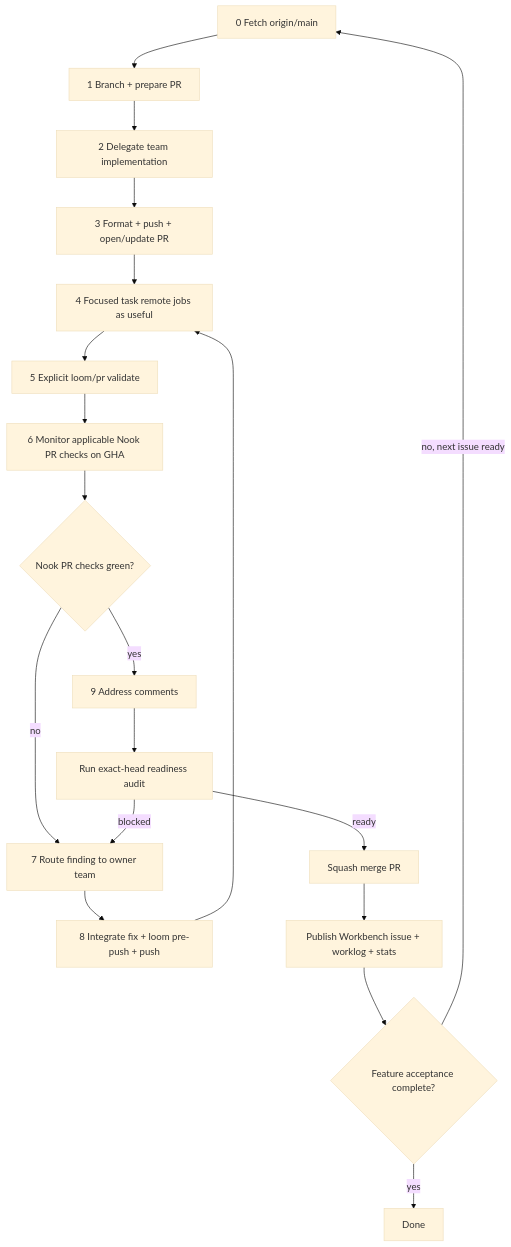
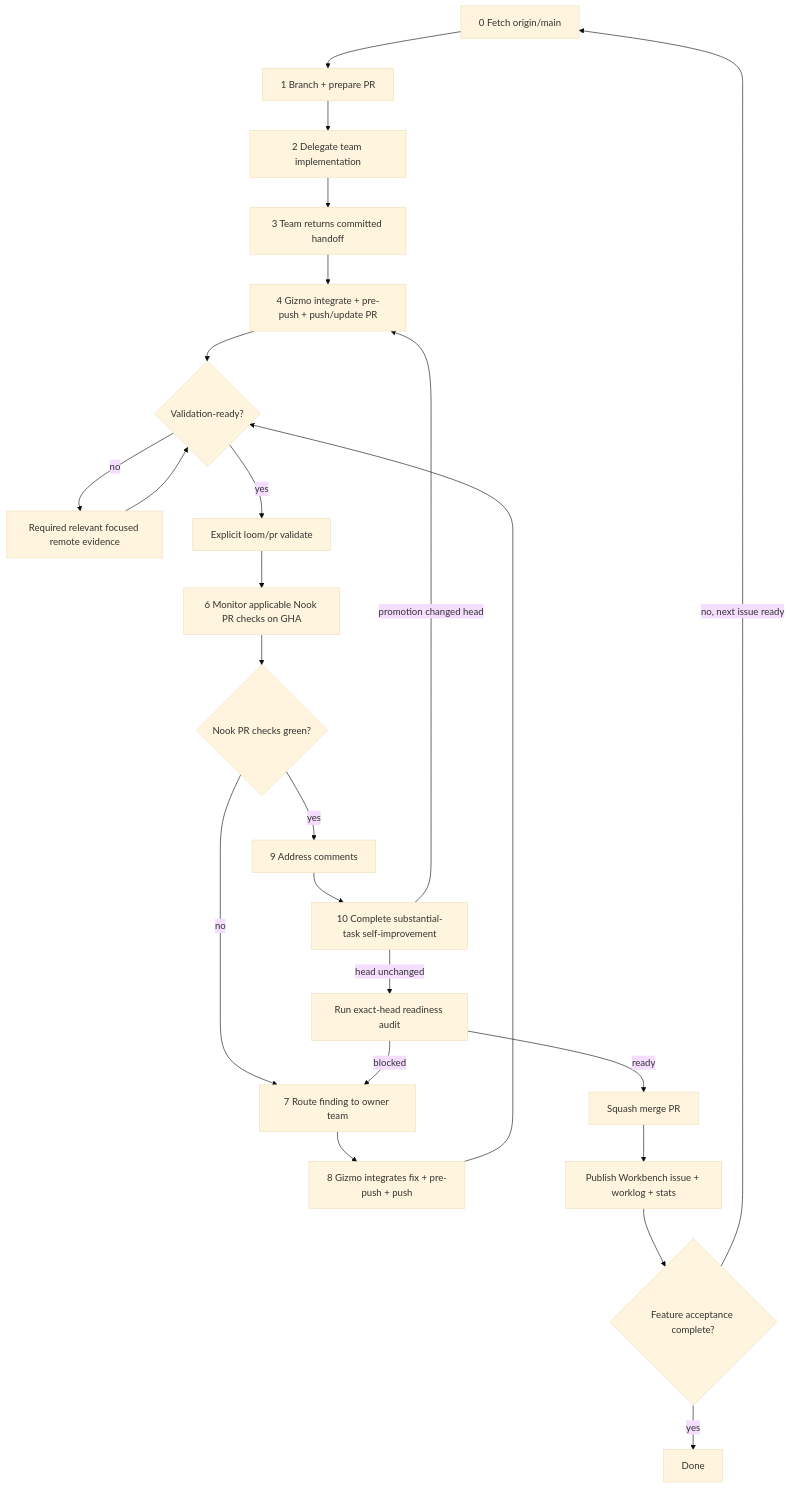
The diagram in .cortex/gizmo/workflows/pull-requests.md (meta-secret/nook), drawn with Mermaid (base theme) before and after one commit. The commit also changed other lines of this file and 23 other files, not shown here.

Commit message:
Make agent validation remote-first (#1208)

````diff
--- a/.cortex/gizmo/workflows/pull-requests.md
+++ b/.cortex/gizmo/workflows/pull-requests.md
@@ -329,21 +336,26 @@
 ```mermaid
 flowchart TD
   Z[0 Fetch origin/main] --> A[1 Branch + prepare PR]
   A --> I[2 Delegate team implementation]
-  I --> E[3 Format + push + open/update PR]
-  E --> X[4 Focused task remote jobs as useful]
-  X --> V[5 Explicit loom/pr validate]
+  I --> CMT[3 Team returns committed handoff]
+  CMT --> E[4 Gizmo integrate + pre-push + push/update PR]
+  E --> D{Validation-ready?}
+  D -->|no| X[Required relevant focused remote evidence]
+  D -->|yes| V[Explicit loom/pr validate]
+  X --> D
   V --> F[6 Monitor applicable Nook PR checks on GHA]
   F --> G{Nook PR checks green?}
   G -->|no| H[7 Route finding to owner team]
-  H --> PUSH[8 Integrate fix + loom pre-push + push]
-  PUSH --> X
+  H --> PUSH[8 Gizmo integrates fix + pre-push + push]
+  PUSH --> D
   G -->|yes| C[9 Address comments]
-  C --> R[Run exact-head readiness audit]
+  C --> SI[10 Complete substantial-task self-improvement]
+  SI -->|promotion changed head| E
+  SI -->|head unchanged| R[Run exact-head readiness audit]
   R -->|blocked| H
   R -->|ready| M[Squash merge PR]
   M --> S[Publish Workbench issue + worklog + stats]
   S --> J{Feature acceptance complete?}
   J -->|no, next issue ready| Z
   J -->|yes| K[Done]
 ```
````
